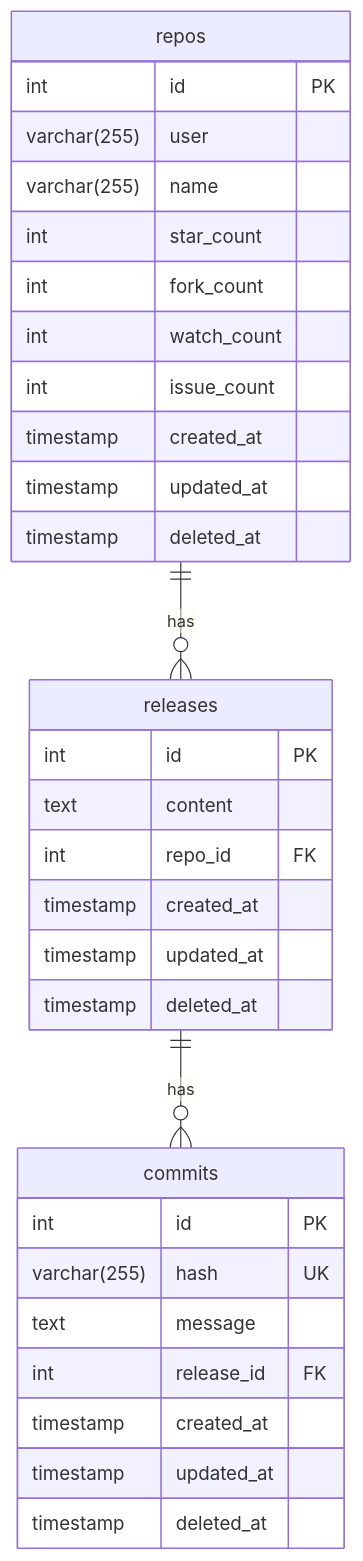
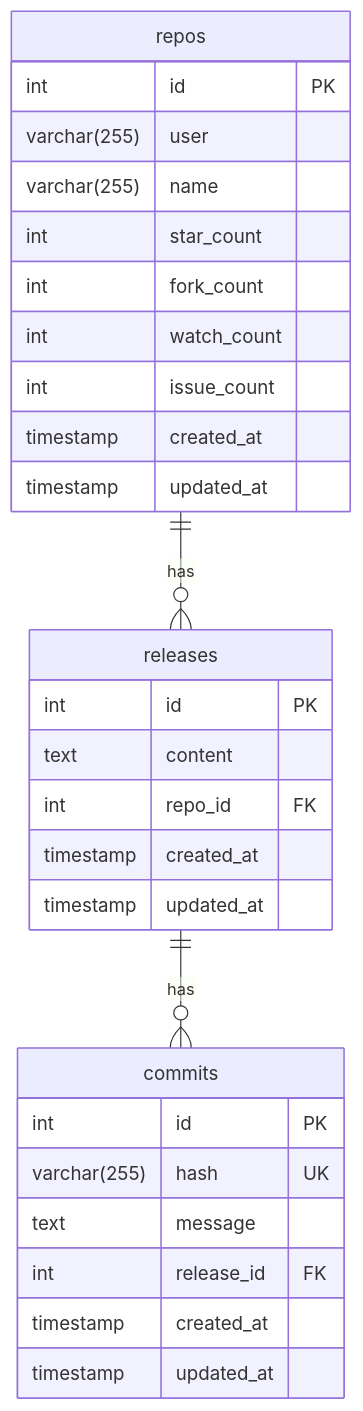
The first of 4 diagrams in README.md (thep200/github-crawler), drawn with Mermaid before and after one commit. The commit also changed other lines of this file and 9 other files, not shown here.

````diff
--- a/README.md
+++ b/README.md
@@ -172,37 +140,34 @@
 ```mermaid
 erDiagram
     repos ||--o{ releases : has
     releases ||--o{ commits : has
 
     repos {
         int id PK
         varchar(255) user
         varchar(255) name
         int star_count
         int fork_count
         int watch_count
         int issue_count
         timestamp created_at
         timestamp updated_at
-        timestamp deleted_at
     }
 
     releases {
         int id PK
         text content
         int repo_id FK
         timestamp created_at
         timestamp updated_at
-        timestamp deleted_at
     }
 
     commits {
         int id PK
         varchar(255) hash UK
         text message
         int release_id FK
         timestamp created_at
         timestamp updated_at
-        timestamp deleted_at
     }
 ```
````
